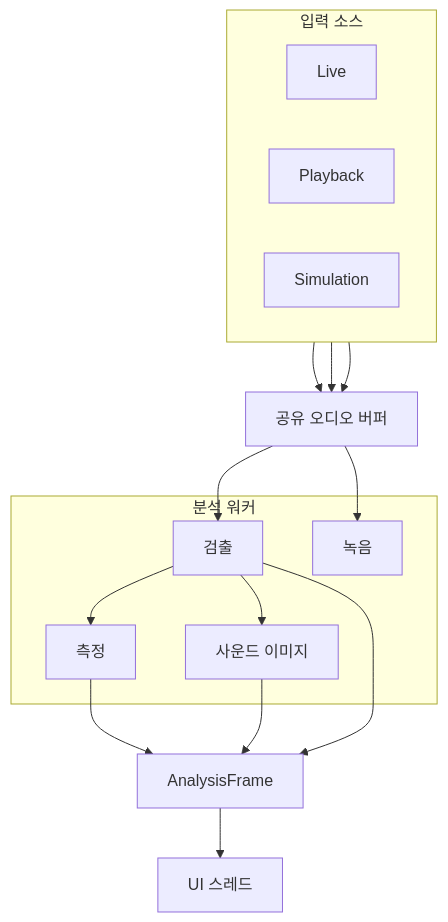
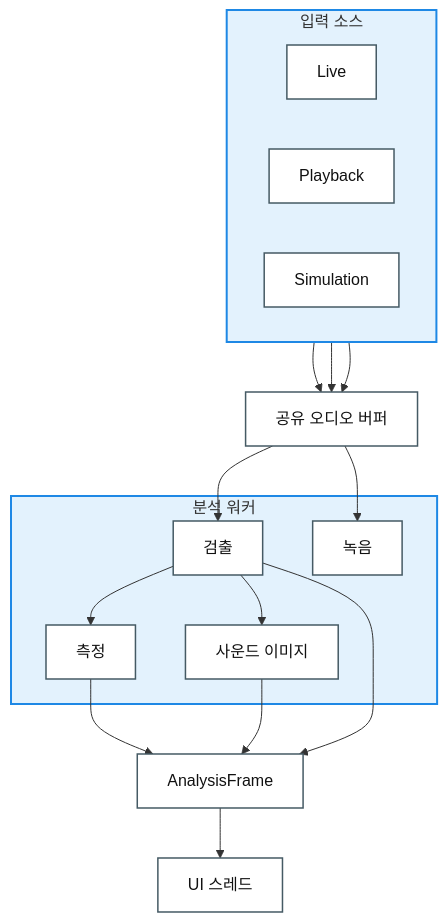
One commit to lgcmu2026-team5/TimeGrapher-Docs changed the diagram in Milestone1/Presentation/ko/Milestone1_5-Architectural-Approaches.md. Above: the diagram before and after it, drawn with Mermaid. The commit also changed other lines of this file and 1 other file, not shown here.

Commit message:
docs: style runtime data flow diagrams

````diff
--- a/Milestone1/Presentation/ko/Milestone1_5-Architectural-Approaches.md
+++ b/Milestone1/Presentation/ko/Milestone1_5-Architectural-Approaches.md
@@ -15,38 +15,44 @@
 ```mermaid
 flowchart TB
     subgraph Sources["입력 소스"]
         direction LR
         Live["Live"]
         Playback["Playback"]
         Sim["Simulation"]
     end
 
     Buffer["공유 오디오 버퍼"]
 
     subgraph Worker["분석 워커"]
         Detector["검출"]
         Metrics["측정"]
         SoundImage["사운드 이미지"]
         Recorder["녹음"]
     end
 
     Frame["AnalysisFrame"]
 
     UiThread["UI 스레드"]
 
     Live --> Buffer
     Playback --> Buffer
     Sim --> Buffer
 
     Buffer --> Detector
     Buffer --> Recorder
 
     Detector --> Metrics
     Detector --> SoundImage
 
     Metrics --> Frame
     SoundImage --> Frame
     Detector --> Frame
 
     Frame --> UiThread
+
+    classDef runtimeBox fill:#FFFFFF,stroke:#455A64,stroke-width:1.5px,color:#111111
+    class Live,Playback,Sim,Buffer,Detector,Metrics,SoundImage,Recorder,Frame,UiThread runtimeBox
+
+    style Sources fill:#E3F2FD,stroke:#1E88E5,stroke-width:2px
+    style Worker fill:#E3F2FD,stroke:#1E88E5,stroke-width:2px
 ```
````
